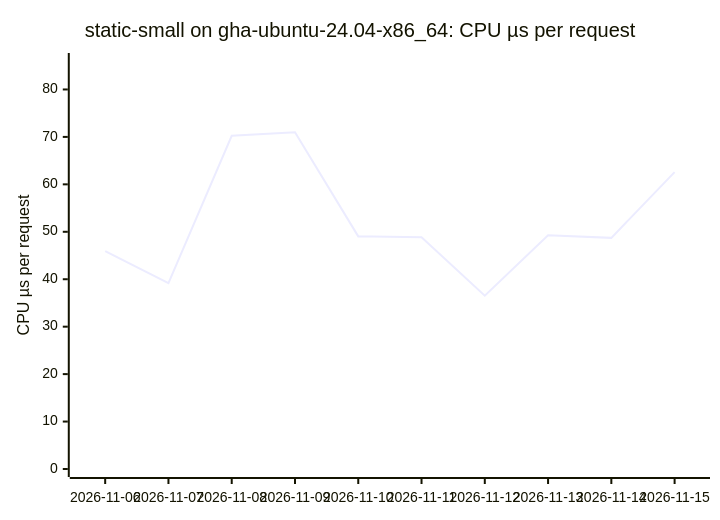
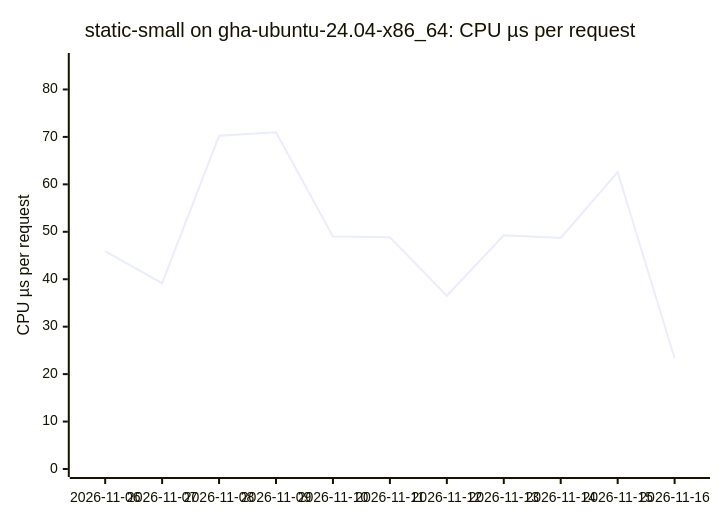
The first of 18 diagrams in BENCHMARKS.md (ThePixelPilgrim/durchlauferhitzer), drawn with Mermaid before and after one commit. The commit also changed other lines of this file and 1 other file, not shown here.

````diff
--- a/BENCHMARKS.md
+++ b/BENCHMARKS.md
@@ -26,7 +26,7 @@
 ```mermaid
 xychart-beta
   title "static-small on gha-ubuntu-24.04-x86_64: CPU µs per request"
-  x-axis ["2026-11-06", "2026-11-07", "2026-11-08", "2026-11-09", "2026-11-10", "2026-11-11", "2026-11-12", "2026-11-13", "2026-11-14", "2026-11-15"]
+  x-axis ["2026-11-06", "2026-11-07", "2026-11-08", "2026-11-09", "2026-11-10", "2026-11-11", "2026-11-12", "2026-11-13", "2026-11-14", "2026-11-15", "2026-11-16"]
   y-axis "CPU µs per request" 0 --> 86
-  line [45.92, 39.16, 70.24, 70.98, 49.03, 48.84, 36.52, 49.28, 48.72, 62.58]
+  line [45.92, 39.16, 70.24, 70.98, 49.03, 48.84, 36.52, 49.28, 48.72, 62.58, 23.36]
 ```
````
